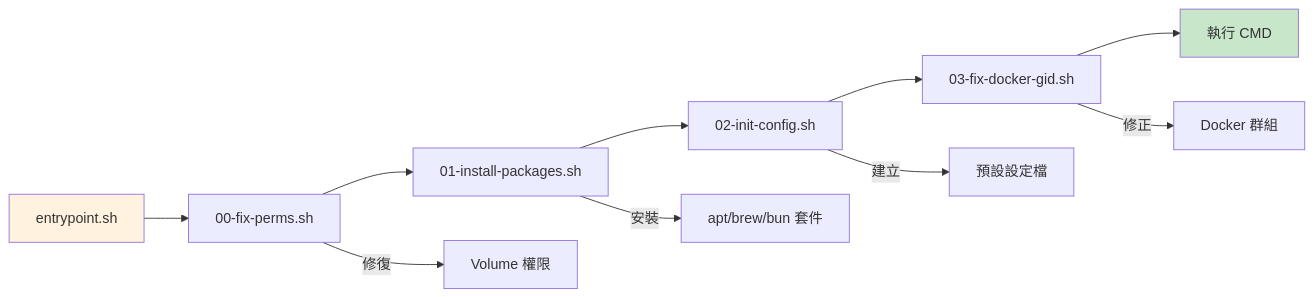
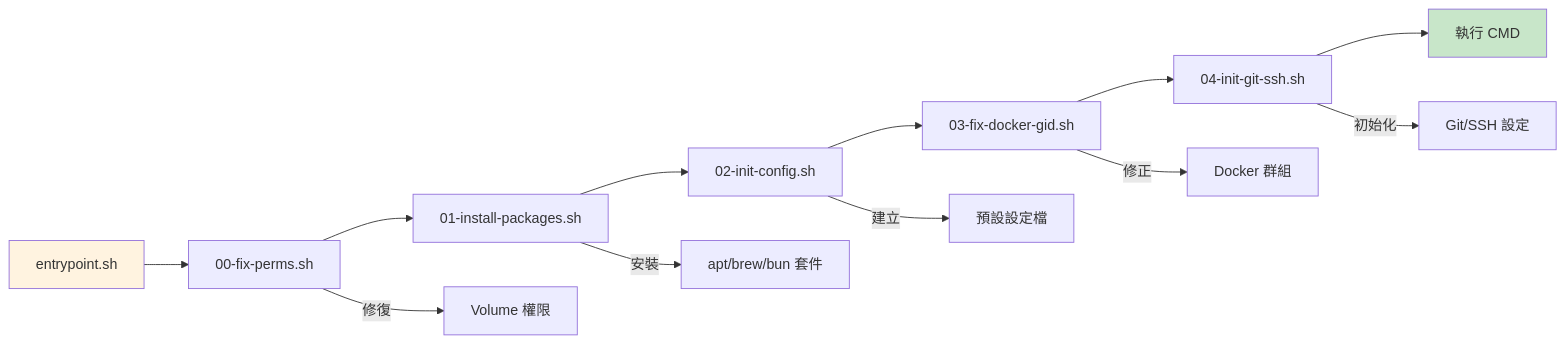
Before and after one commit to tryweb/ai-engkit: diagram 11 of 12 in docs/ARCHITECTURE.md, drawn with Mermaid. The commit also changed other lines of this file and 1 other file, not shown here.

First line of the commit message:
docs: update architecture and troubleshooting docs for v0.5.0

````diff
--- a/docs/ARCHITECTURE.md
+++ b/docs/ARCHITECTURE.md
@@ -359,16 +372,18 @@
 ```mermaid
 flowchart LR
     A["entrypoint.sh"] --> B["00-fix-perms.sh"]
     B --> C["01-install-packages.sh"]
     C --> D["02-init-config.sh"]
     D --> E["03-fix-docker-gid.sh"]
-    E --> F["執行 CMD"]
+    E --> F["04-init-git-ssh.sh"]
+    F --> G["執行 CMD"]
     
     B -->|"修復"| PERMS["Volume 權限"]
     C -->|"安裝"| PKGS["apt/brew/bun 套件"]
     D -->|"建立"| CONFIGS["預設設定檔"]
     E -->|"修正"| DOCKER["Docker 群組"]
+    F -->|"初始化"| GITSETUP["Git/SSH 設定"]
 
     style A fill:#fff3e0
-    style F fill:#c8e6c9
+    style G fill:#c8e6c9
 ```
````
